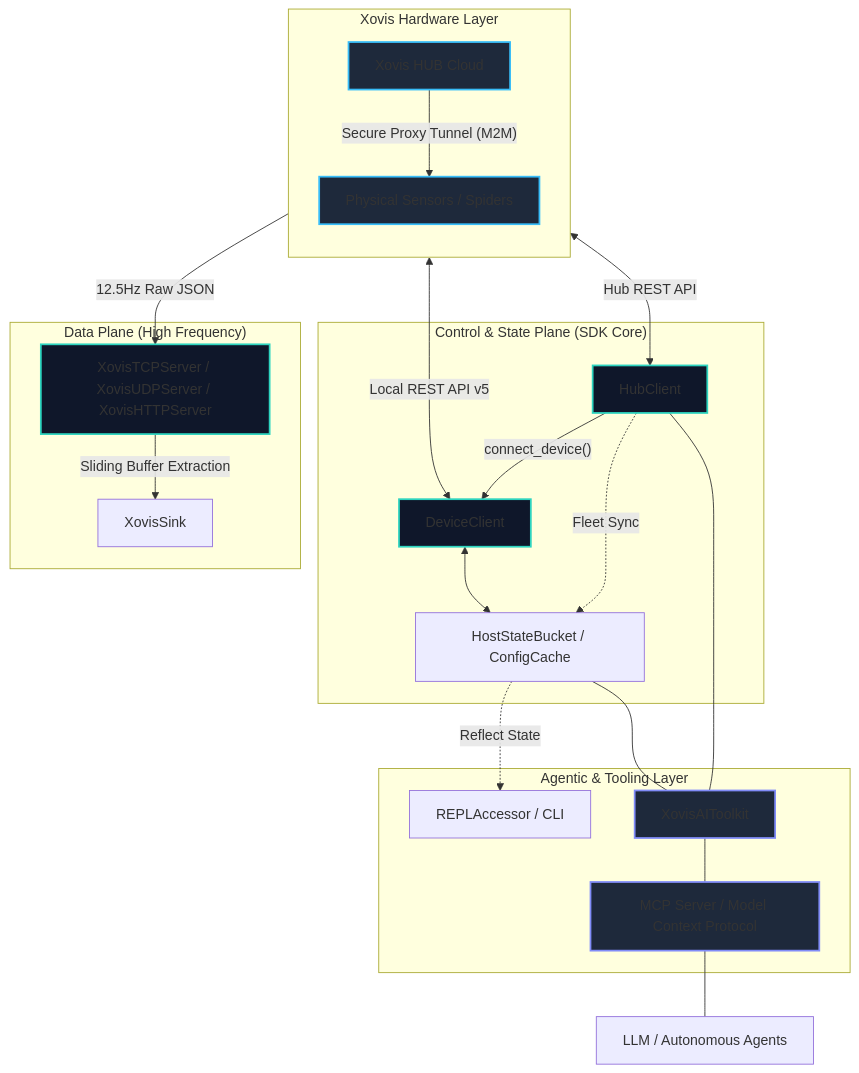
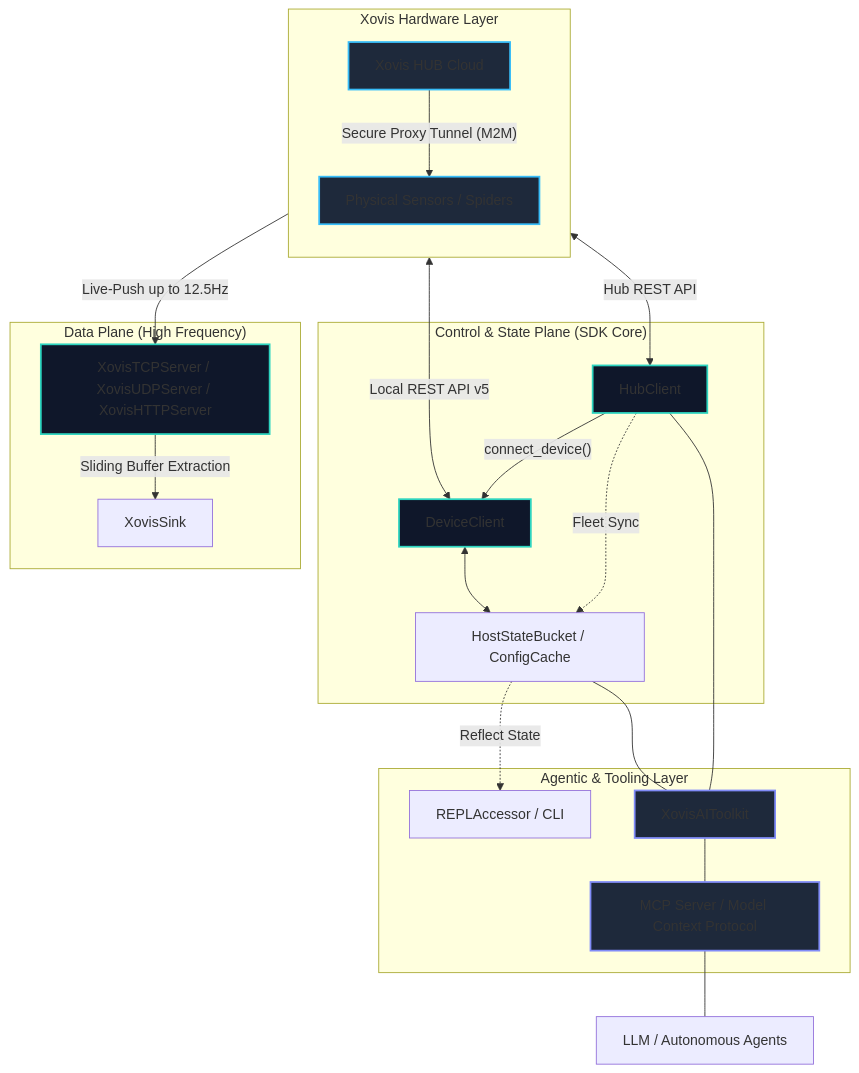
One commit to xovis-open-sdk/xovis-sdk changed the diagram in README.md. Above: the diagram before and after it, drawn with Mermaid. The commit also changed other lines of this file and 6 other files, not shown here.

First line of the commit message:
Update documentation to standardize "Live-Push" terminology and enhance DataPush frequency details

````diff
--- a/README.md
+++ b/README.md
@@ -36,56 +36,56 @@
 ```mermaid
 graph TB
     subgraph "Xovis Hardware Layer"
         direction TB
         A[Physical Sensors / Spiders]
         H[Xovis HUB Cloud]
         H -- Secure Proxy Tunnel (M2M) --> A
     end
 
     subgraph "Data Plane (High Frequency)"
         B[XovisTCPServer / XovisUDPServer / XovisHTTPServer]
         S[XovisSink]
     end
 
     subgraph "Control & State Plane (SDK Core)"
         C[DeviceClient]
         F[HubClient]
         D[HostStateBucket / ConfigCache]
         
         F -- "connect_device()" --> C
         C <--> D
     end
 
     subgraph "Agentic & Tooling Layer"
         G[XovisAIToolkit]
         M[MCP Server / Model Context Protocol]
         R[REPLAccessor / CLI]
     end
 
     %% Data Connections
-    A -->|12.5Hz Raw JSON| B
+    A -->|Live-Push up to 12.5Hz| B
     B -->|Sliding Buffer Extraction| S
 
     %% Control Connections
     A <-->|Local REST API v5| C
     H <-->|Hub REST API| F
     
     %% Fleet Integration
     D -. "Reflect State" .-> R
     F -. "Fleet Sync" .-> D
 
     %% AI Integration
     D --- G
     F --- G
     G --- M
     M --- LLM[LLM / Autonomous Agents]
 
     %% Styling
     style A fill:#1e293b,stroke:#38bdf8,stroke-width:2px
     style H fill:#1e293b,stroke:#38bdf8,stroke-width:2px
     style B fill:#0f172a,stroke:#2dd4bf,stroke-width:2px
     style C fill:#0f172a,stroke:#2dd4bf,stroke-width:2px
     style F fill:#0f172a,stroke:#2dd4bf,stroke-width:2px
     style G fill:#1e293b,stroke:#818cf8,stroke-width:2px
     style M fill:#1e293b,stroke:#818cf8,stroke-width:2px
 ```
````
